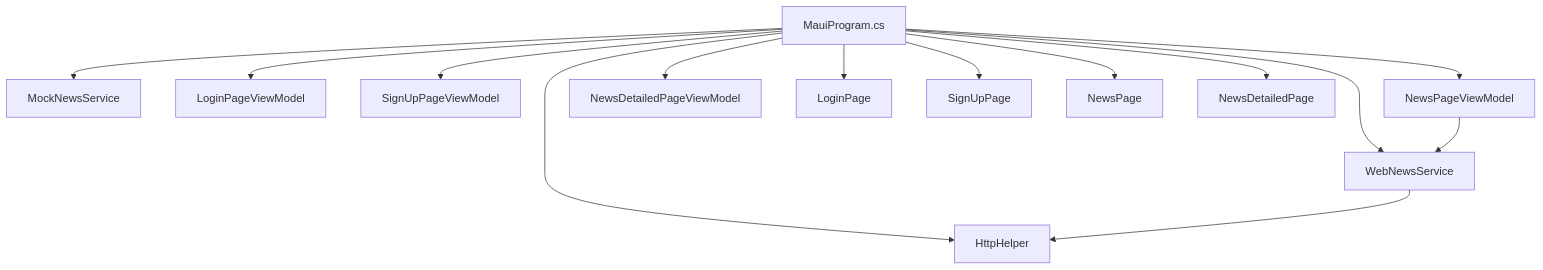
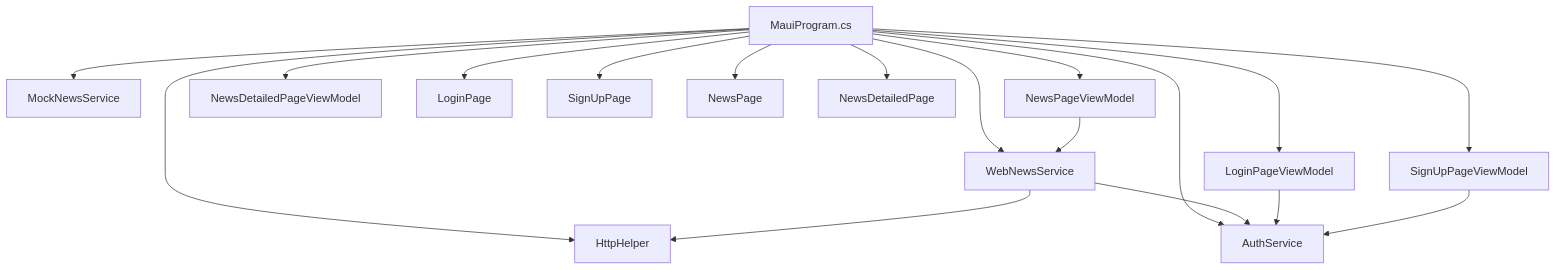
The first of 5 diagrams in Docs/project.md (KLNHOMEALONE/Innowise.Music), drawn with Mermaid before and after one commit. The commit also changed other lines of this file and 16 other files, not shown here.

````diff
--- a/Docs/project.md
+++ b/Docs/project.md
@@ -49,17 +49,21 @@
 ```mermaid
 graph TD
     A[MauiProgram.cs] --> B[HttpHelper]
     A --> C[WebNewsService]
     A --> D[MockNewsService]
     A --> E[LoginPageViewModel]
     A --> F[SignUpPageViewModel]
     A --> G[NewsPageViewModel]
     A --> H[NewsDetailedPageViewModel]
     A --> I[LoginPage]
     A --> J[SignUpPage]
     A --> K[NewsPage]
     A --> L[NewsDetailedPage]
+    A --> M[AuthService]
     
     C --> B
+    C --> M
     G --> C
+    E --> M
+    F --> M
 ```
````
